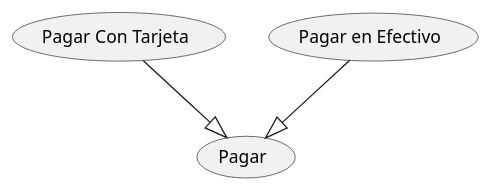
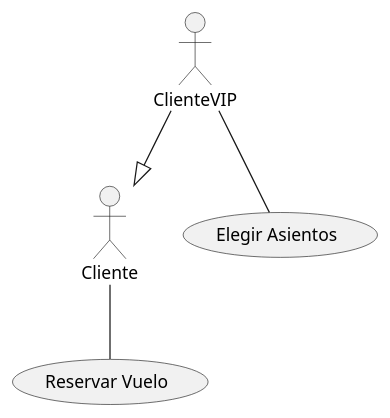
The diagram in src/test.puml (erentitan4512/Carlos-Arroyo-Galan-Casos-de-Uso-UML), drawn with PlantUML before and after one commit.

Commit message:
Six Commit

```diff
--- a/src/test.puml
+++ b/src/test.puml
@@ -1,5 +1,5 @@
 @startuml
-(Pagar)
-(Pagar Con Tarjeta) --|> (Pagar)
-(Pagar en Efectivo) --|> (Pagar)
+:Cliente: -- (Reservar Vuelo)
+:ClienteVIP: --|> :Cliente:
+:ClienteVIP: -- (Elegir Asientos)
 @enduml
```
